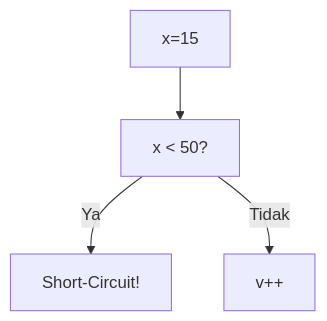
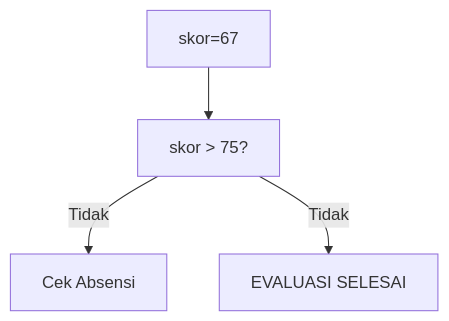
Before and after one commit to amnahwaida/OSNK_INF_PREP: diagram 16 of 25 in part-c-pemahaman-cpp/02-percabangan/latihan/set-03.md, drawn with Mermaid. The commit also changed other lines of this file and 71 other files, not shown here.

````diff
--- a/part-c-pemahaman-cpp/02-percabangan/latihan/set-03.md
+++ b/part-c-pemahaman-cpp/02-percabangan/latihan/set-03.md
@@ -444,6 +465,6 @@
 ```mermaid
 graph TD
-A["x=15"] --> B["x < 50?"]
-B -- Ya --> C["Short-Circuit!"]
-B -- Tidak --> D["v++"]
+A["skor=67"] --> B["skor > 75?"]
+B -- Tidak --> C["Cek Absensi"]
+B -- Tidak --> D["EVALUASI SELESAI"]
 ```
````
